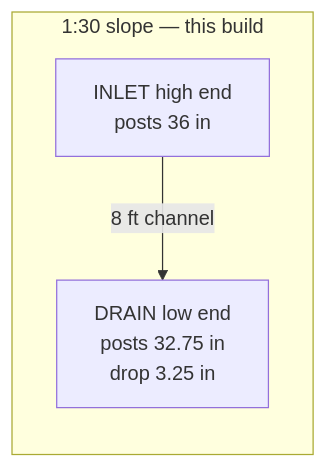
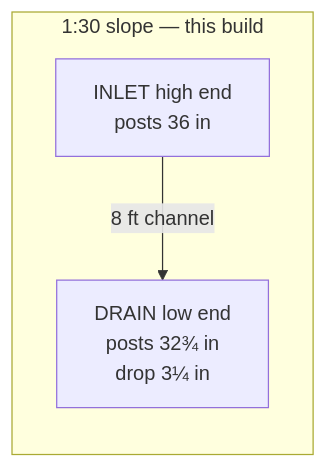
The third of 4 diagrams in guide/nft/01-nft-basics.md (UncleJS/guide_hydroponics), drawn with Mermaid before and after one commit. The commit also changed 22 other files, not shown here.

````diff
--- a/guide/nft/01-nft-basics.md
+++ b/guide/nft/01-nft-basics.md
@@ -147,6 +147,6 @@
 ```mermaid
 flowchart LR
     subgraph s1["1:30 slope — this build"]
-        IN1["INLET high end<br/>posts 36 in"] -->|"8 ft channel"| OUT1["DRAIN low end<br/>posts 32.75 in<br/>drop 3.25 in"]
+        IN1["INLET high end<br/>posts 36 in"] -->|"8 ft channel"| OUT1["DRAIN low end<br/>posts 32¾ in<br/>drop 3¼ in"]
     end
 ```
````
